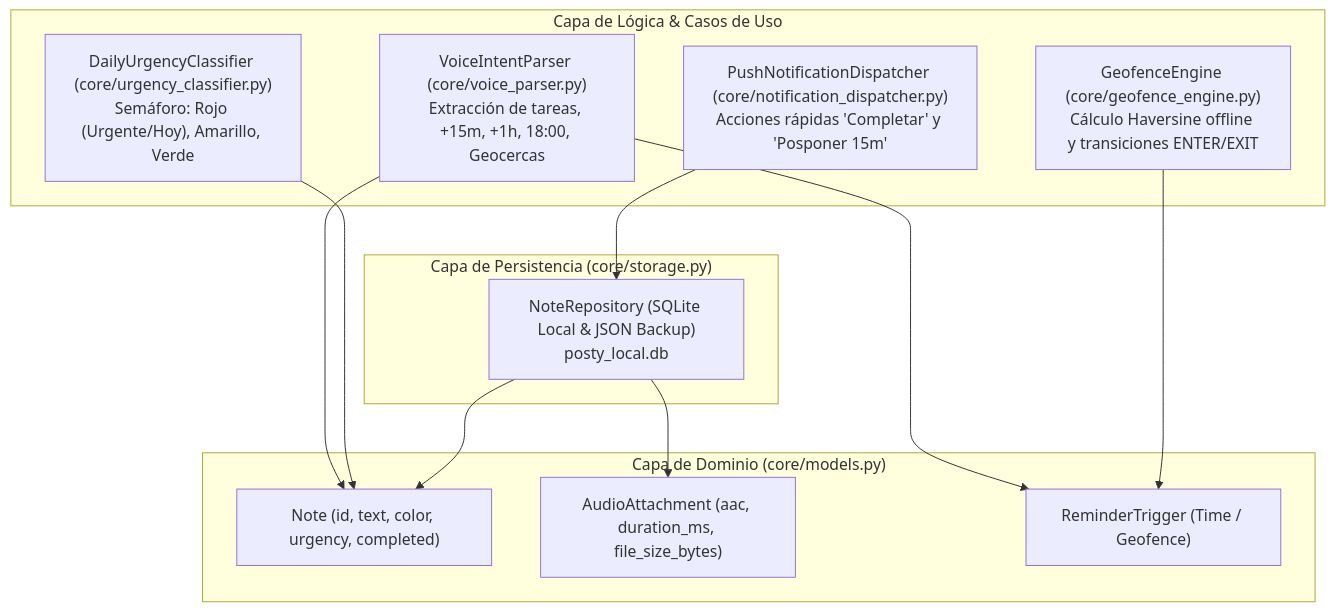
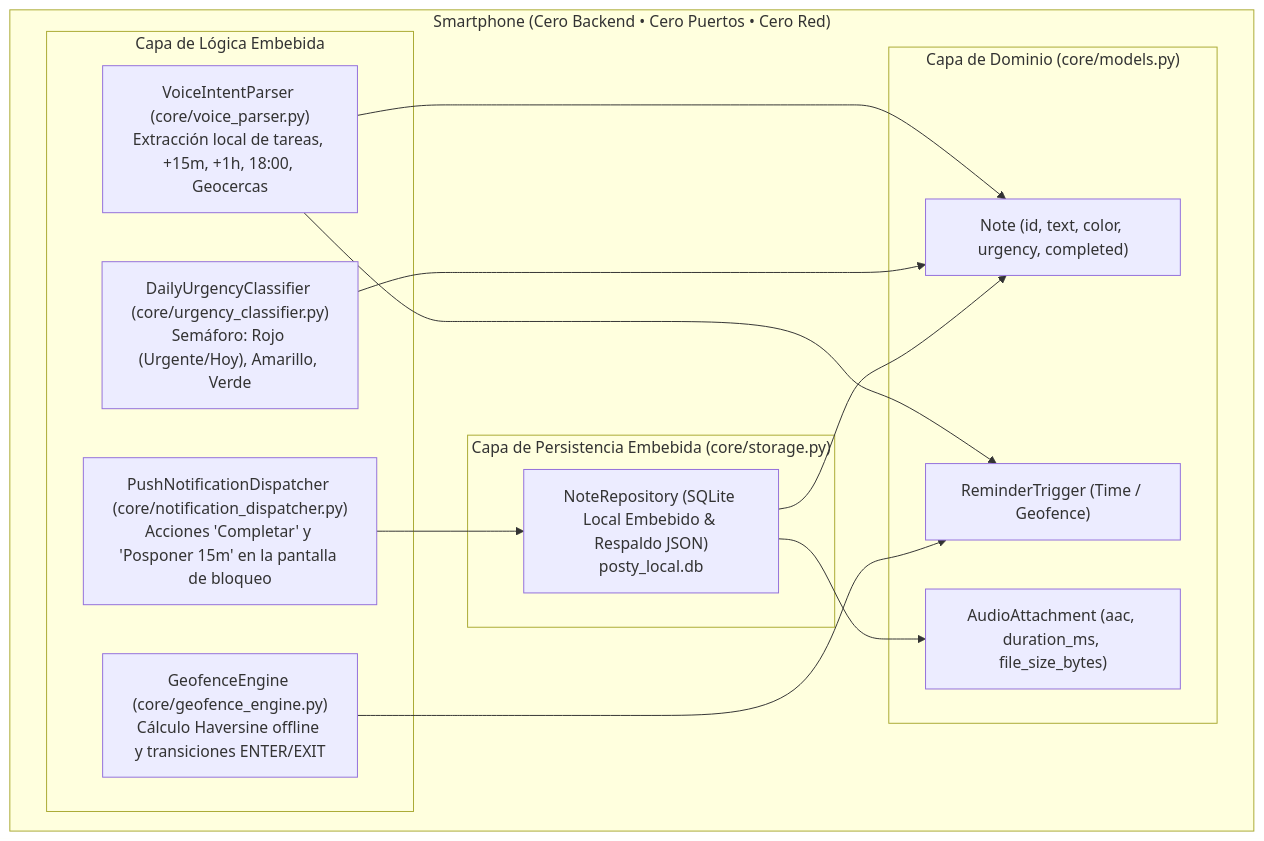
The diagram in docs/microapps/microapp2/04_development_and_xp_implementation.md (pcloayza3/plataforma01), drawn with Mermaid before and after one commit. The commit also changed other lines of this file and 2 other files, not shown here.

Commit message:
refactor(microapp2): purificar arquitectura a stand-alone embebida sin servidor

````diff
--- a/docs/microapps/microapp2/04_development_and_xp_implementation.md
+++ b/docs/microapps/microapp2/04_development_and_xp_implementation.md
@@ -17,27 +17,29 @@
 ```mermaid
 graph TD
-    subgraph "Capa de Dominio (core/models.py)"
-        Note["Note (id, text, color, urgency, completed)"]
-        Audio["AudioAttachment (aac, duration_ms, file_size_bytes)"]
-        Trigger["ReminderTrigger (Time / Geofence)"]
-    end
+    subgraph "Smartphone (Cero Backend • Cero Puertos • Cero Red)"
+        subgraph "Capa de Dominio (core/models.py)"
+            Note["Note (id, text, color, urgency, completed)"]
+            Audio["AudioAttachment (aac, duration_ms, file_size_bytes)"]
+            Trigger["ReminderTrigger (Time / Geofence)"]
+        end
 
-    subgraph "Capa de Lógica & Casos de Uso"
-        Parser["VoiceIntentParser (core/voice_parser.py)<br/>Extracción de tareas, +15m, +1h, 18:00, Geocercas"]
-        Classifier["DailyUrgencyClassifier (core/urgency_classifier.py)<br/>Semáforo: Rojo (Urgente/Hoy), Amarillo, Verde"]
-        Geo["GeofenceEngine (core/geofence_engine.py)<br/>Cálculo Haversine offline y transiciones ENTER/EXIT"]
-        Dispatcher["PushNotificationDispatcher (core/notification_dispatcher.py)<br/>Acciones rápidas 'Completar' y 'Posponer 15m'"]
-    end
+        subgraph "Capa de Lógica Embebida"
+            Parser["VoiceIntentParser (core/voice_parser.py)<br/>Extracción local de tareas, +15m, +1h, 18:00, Geocercas"]
+            Classifier["DailyUrgencyClassifier (core/urgency_classifier.py)<br/>Semáforo: Rojo (Urgente/Hoy), Amarillo, Verde"]
+            Geo["GeofenceEngine (core/geofence_engine.py)<br/>Cálculo Haversine offline y transiciones ENTER/EXIT"]
+            Dispatcher["PushNotificationDispatcher (core/notification_dispatcher.py)<br/>Acciones 'Completar' y 'Posponer 15m' en la pantalla de bloqueo"]
+        end
 
-    subgraph "Capa de Persistencia (core/storage.py)"
-        Repo["NoteRepository (SQLite Local & JSON Backup)<br/>posty_local.db"]
+        subgraph "Capa de Persistencia Embebida (core/storage.py)"
+            Repo["NoteRepository (SQLite Local Embebido & Respaldo JSON)<br/>posty_local.db"]
+        end
     end
 
     Parser --> Note
     Parser --> Trigger
     Classifier --> Note
     Geo --> Trigger
     Dispatcher --> Repo
     Repo --> Note
     Repo --> Audio
 ```
````
